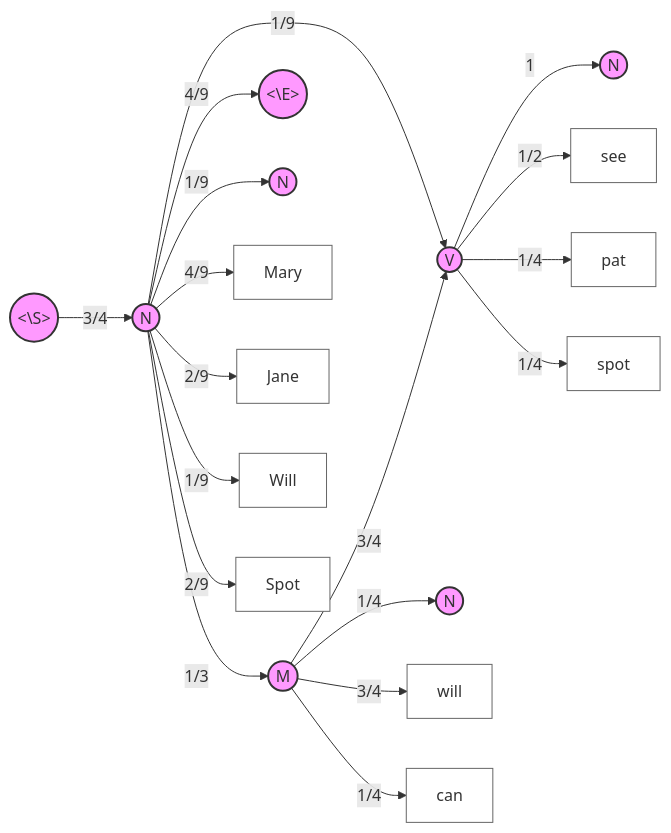
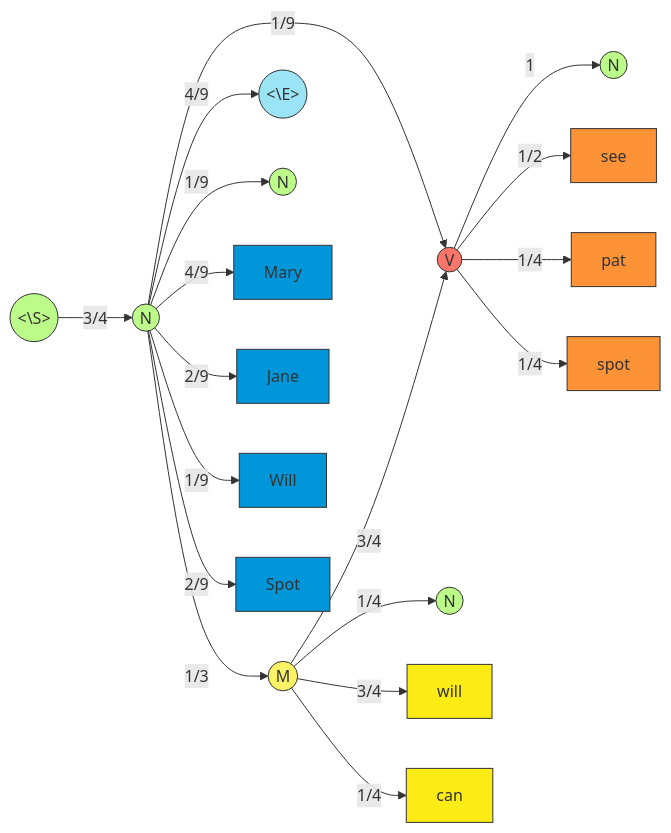
The sixth of 7 diagrams in C_5.md (Chaklader/part-of-speech-tagging), drawn with Mermaid before and after one commit. The commit also changed other lines of this file, not shown here.

````diff
--- a/C_5.md
+++ b/C_5.md
@@ -235,38 +256,47 @@
 ```mermaid
 graph LR
     %% States
     Start(("<\S>"))
     N((N))
     M((M))
     V((V))
     End(("<\E>"))
-
     %% Transitions
     Start -->|"3/4"| N
     N -->|"1/3"| M
     N -->|"1/9"| V
     N -->|"4/9"| End
     N -->|"1/9"| N2((N))
     M -->|"1/4"| N3((N))
     M -->|"3/4"| V
     V -->|"1"| N4((N))
-
     %% Emissions
     N --> |"4/9"| Mary["Mary"]
     N --> |"2/9"| Jane["Jane"]
     N --> |"1/9"| Will1["Will"]
     N --> |"2/9"| Spot1["Spot"]
-
     M --> |"3/4"| Will2["will"]
     M --> |"1/4"| Can["can"]
-
     V --> |"1/2"| See["see"]
     V --> |"1/4"| Pat["pat"]
     V --> |"1/4"| Spot2["spot"]
 
-    %% Styling
-    classDef state fill:#f9f,stroke:#333,stroke-width:2px;
-    classDef emission fill:#fff,stroke:#666;
-    class Start,N,M,V,End,N2,N3,N4 state;
-    class Mary,Jane,Will1,Spot1,Will2,Can,See,Pat,Spot2 emission;
+    style Start fill:#BCFB89,stroke:#333,stroke-width:1px
+    style N fill:#BCFB89,stroke:#333,stroke-width:1px
+    style M fill:#FBF266,stroke:#333,stroke-width:1px
+    style V fill:#FA756A,stroke:#333,stroke-width:1px
+    style End fill:#9AE4F5,stroke:#333,stroke-width:1px
+    style N2 fill:#BCFB89,stroke:#333,stroke-width:1px
+    style N3 fill:#BCFB89,stroke:#333,stroke-width:1px
+    style N4 fill:#BCFB89,stroke:#333,stroke-width:1px
+
+    style Mary fill:#0096D9,stroke:#333,stroke-width:1px
+    style Jane fill:#0096D9,stroke:#333,stroke-width:1px
+    style Will1 fill:#0096D9,stroke:#333,stroke-width:1px
+    style Spot1 fill:#0096D9,stroke:#333,stroke-width:1px
+    style Will2 fill:#FCEB14,stroke:#333,stroke-width:1px
+    style Can fill:#FCEB14,stroke:#333,stroke-width:1px
+    style See fill:#FE9237,stroke:#333,stroke-width:1px
+    style Pat fill:#FE9237,stroke:#333,stroke-width:1px
+    style Spot2 fill:#FE9237,stroke:#333,stroke-width:1px
 ```
````
